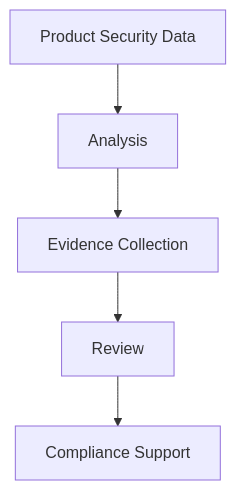
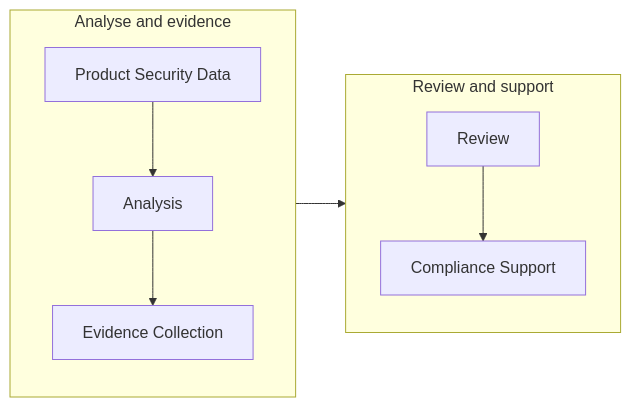
Before and after one commit to Linuscent/aura-help: the diagram in src/content/docs/compliance/overview.md, drawn with Mermaid. The commit also changed 11 other files, not shown here.

Commit message:
docs: improve Mermaid workflow diagrams

````diff
--- a/src/content/docs/compliance/overview.md
+++ b/src/content/docs/compliance/overview.md
@@ -23,7 +23,13 @@
 ```mermaid
-flowchart TD
-    A[Product Security Data] --> B[Analysis]
-    B --> C[Evidence Collection]
-    C --> D[Review]
-    D --> E[Compliance Support]
+flowchart LR
+    subgraph analyse["Analyse and evidence"]
+        direction TB
+        A[Product Security Data] --> B[Analysis] --> C[Evidence Collection]
+    end
+    subgraph review["Review and support"]
+        direction TB
+        D[Review] --> E[Compliance Support]
+    end
+
+    analyse --> review
 ```
````
